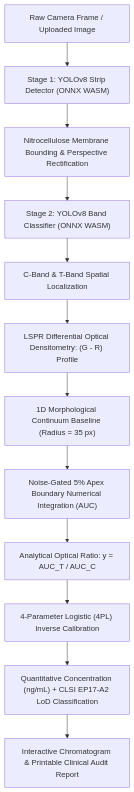
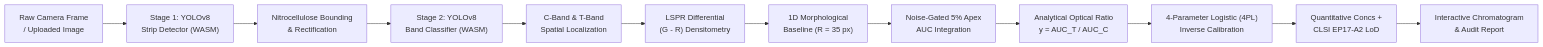
The diagram in README.md (harishs-io/RapidQuant), drawn with Mermaid before and after one commit.

Commit message:
docs(pipeline): change scientific & algorithmic pipeline flowchart from TD to LR

````diff
--- a/README.md
+++ b/README.md
@@ -90,14 +90,14 @@
 ```mermaid
-flowchart TD
-    A["Raw Camera Frame / Uploaded Image"] --> B["Stage 1: YOLOv8 Strip Detector (ONNX WASM)"]
-    B --> C["Nitrocellulose Membrane Bounding & Perspective Rectification"]
-    C --> D["Stage 2: YOLOv8 Band Classifier (ONNX WASM)"]
-    D --> E["C-Band & T-Band Spatial Localization"]
-    E --> F["LSPR Differential Optical Densitometry: (G - R) Profile"]
-    F --> G["1D Morphological Continuum Baseline (Radius = 35 px)"]
-    G --> H["Noise-Gated 5% Apex Boundary Numerical Integration (AUC)"]
-    H --> I["Analytical Optical Ratio: y = AUC_T / AUC_C"]
-    I --> J["4-Parameter Logistic (4PL) Inverse Calibration"]
-    J --> K["Quantitative Concentration (ng/mL) + CLSI EP17-A2 LoD Classification"]
-    K --> L["Interactive Chromatogram & Printable Clinical Audit Report"]
+flowchart LR
+    A["Raw Camera Frame<br/>/ Uploaded Image"] --> B["Stage 1: YOLOv8<br/>Strip Detector (WASM)"]
+    B --> C["Nitrocellulose Bounding<br/>& Rectification"]
+    C --> D["Stage 2: YOLOv8<br/>Band Classifier (WASM)"]
+    D --> E["C-Band & T-Band<br/>Spatial Localization"]
+    E --> F["LSPR Differential<br/>(G - R) Densitometry"]
+    F --> G["1D Morphological<br/>Baseline (R = 35 px)"]
+    G --> H["Noise-Gated 5% Apex<br/>AUC Integration"]
+    H --> I["Analytical Optical Ratio<br/>y = AUC_T / AUC_C"]
+    I --> J["4-Parameter Logistic (4PL)<br/>Inverse Calibration"]
+    J --> K["Quantitative Concs +<br/>CLSI EP17-A2 LoD"]
+    K --> L["Interactive Chromatogram<br/>& Audit Report"]
 ```
````
